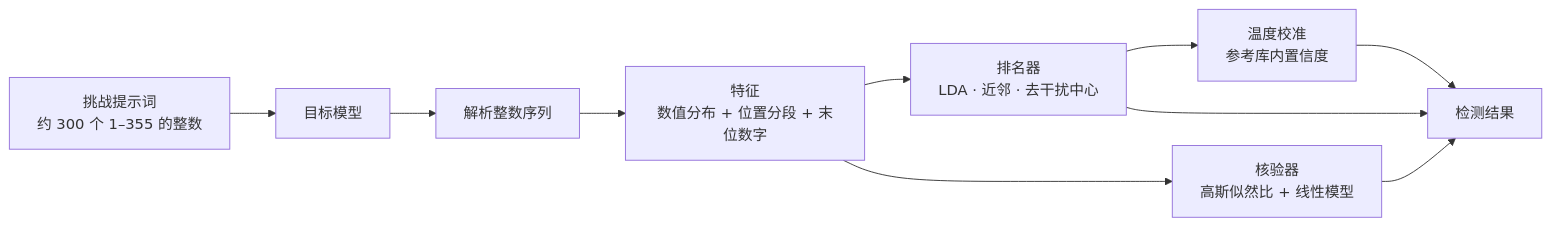
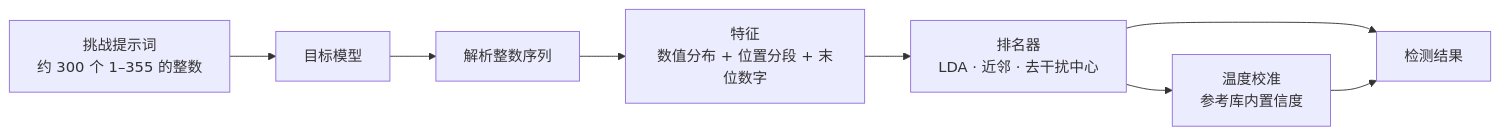
Before and after one commit to Alice39s/lm-detector: the diagram in docs/content/docs/principles/index.mdx, drawn with Mermaid. The commit also changed other lines of this file and 1445 other files, not shown here.

````diff
--- a/docs/content/docs/principles/index.mdx
+++ b/docs/content/docs/principles/index.mdx
@@ -7,12 +7,10 @@
 ```mermaid
 flowchart LR
     A["挑战提示词<br/>约 300 个 1–355 的整数"] --> B["目标模型"]
     B --> C["解析整数序列"]
     C --> D["特征<br/>数值分布 + 位置分段 + 末位数字"]
     D --> E["排名器<br/>LDA · 近邻 · 去干扰中心"]
-    D --> F["核验器<br/>高斯似然比 + 线性模型"]
     E --> G["温度校准<br/>参考库内置信度"]
     E --> H["检测结果"]
-    F --> H
     G --> H
 ```
````
